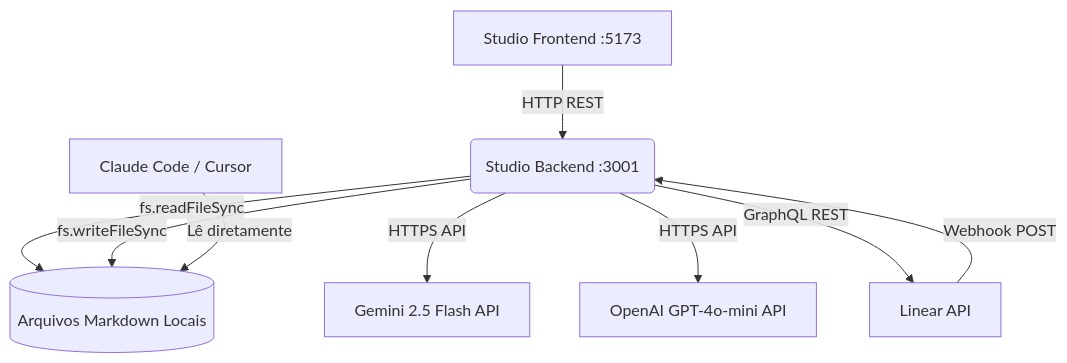
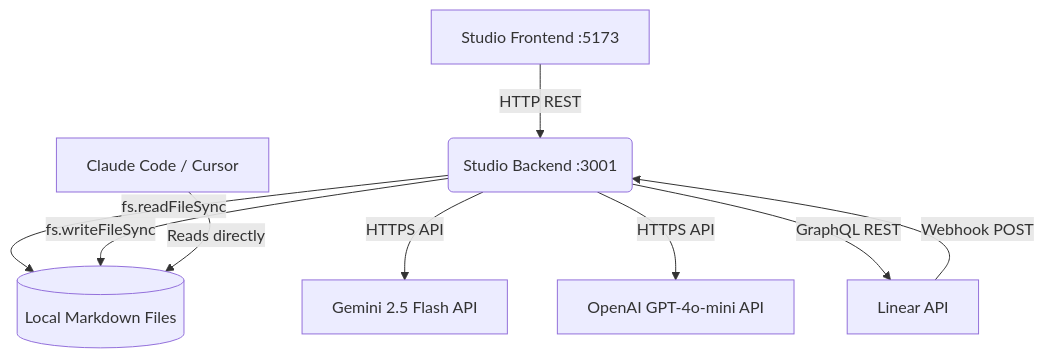
Before and after one commit to GiovanniConrado/gigio-flow: the diagram in knowledge/ARQUITETURA.md, drawn with Mermaid. The commit also changed other lines of this file and 32 other files, not shown here.

````diff
--- a/knowledge/ARQUITETURA.md
+++ b/knowledge/ARQUITETURA.md
@@ -22,11 +22,11 @@
 ```mermaid
 graph TD
     A[Studio Frontend :5173] -->|HTTP REST| B(Studio Backend :3001)
-    B -->|fs.readFileSync| C[(Arquivos Markdown Locais)]
+    B -->|fs.readFileSync| C[(Local Markdown Files)]
     B -->|HTTPS API| D[Gemini 2.5 Flash API]
     B -->|HTTPS API| E[OpenAI GPT-4o-mini API]
     B -->|GraphQL REST| F[Linear API]
     F -->|Webhook POST| B
     B -->|fs.writeFileSync| C
-    G[Claude Code / Cursor] -->|Lê diretamente| C
+    G[Claude Code / Cursor] -->|Reads directly| C
 ```
````
